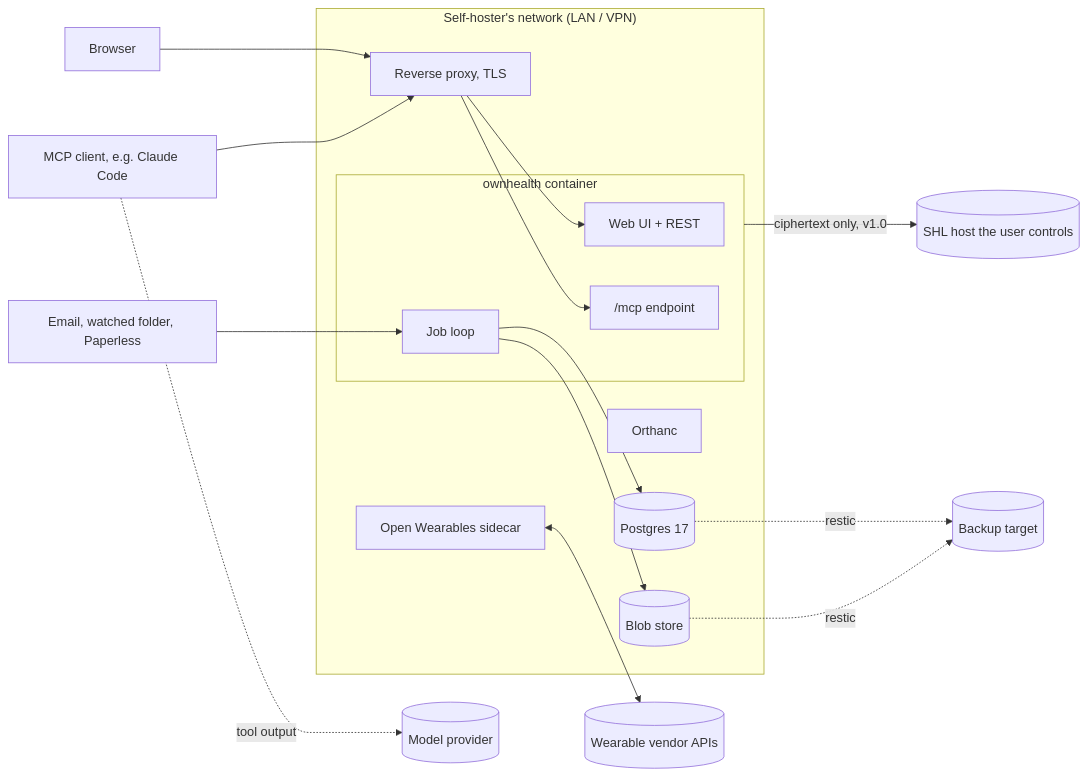
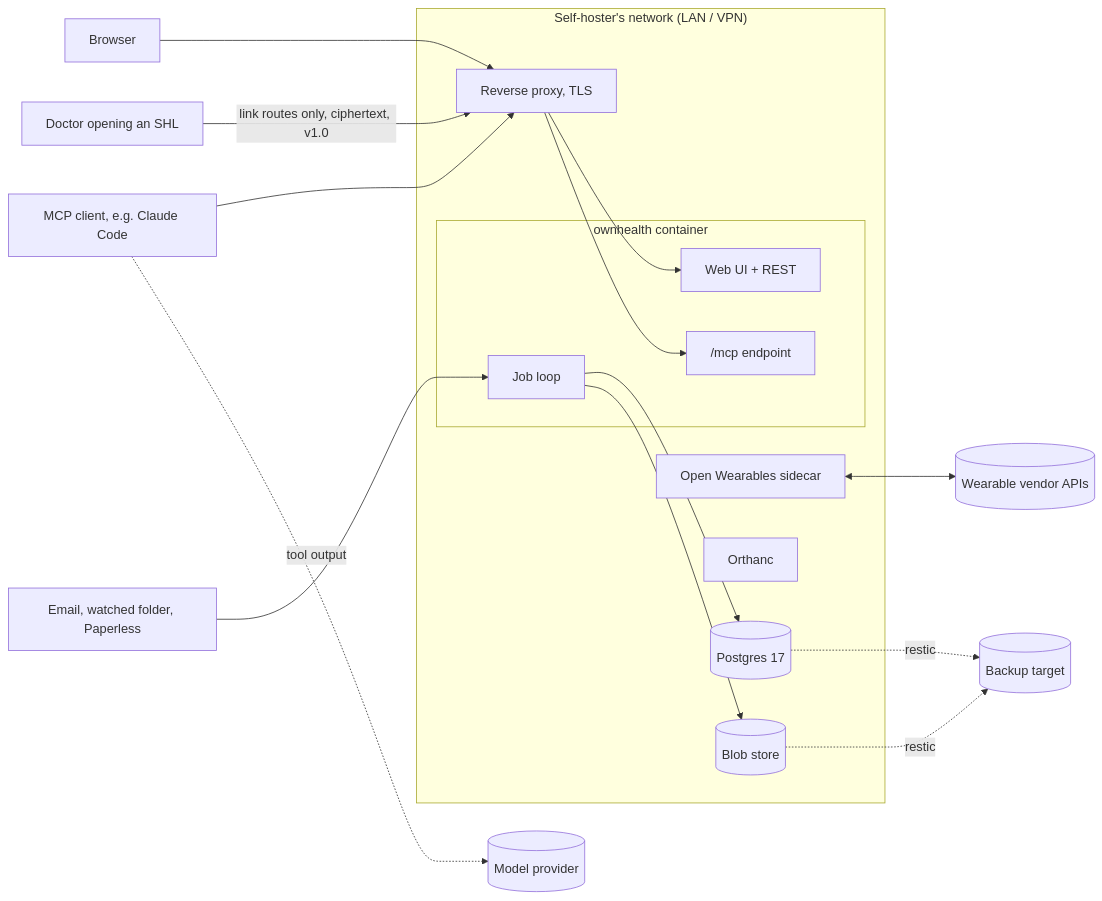
Before and after one commit to GeiserX/OwnHealth: the first of 2 diagrams in docs/design/security-privacy.md, drawn with Mermaid. The commit also changed other lines of this file and 2 other files, not shown here.

Commit message:
docs: every design doc says the instance serves its own SHL links, with no static host

````diff
--- a/docs/design/security-privacy.md
+++ b/docs/design/security-privacy.md
@@ -13,23 +13,23 @@
 ```mermaid
 flowchart LR
   subgraph Home["Self-hoster's network (LAN / VPN)"]
     RP[Reverse proxy, TLS]
     subgraph App["ownhealth container"]
       UI[Web UI + REST]
       MCP["/mcp endpoint"]
       JOBS[Job loop]
     end
     PG[(Postgres 17)]
     BL[(Blob store)]
     OW[Open Wearables sidecar]
     OR[Orthanc]
   end
   Browser --> RP --> UI
   Agent[MCP client, e.g. Claude Code] --> RP --> MCP
   Agent -. tool output .-> LLM[(Model provider)]
   Inbox[Email, watched folder, Paperless] --> JOBS
   JOBS --> PG & BL
   OW <--> Vendors[(Wearable vendor APIs)]
-  App -- ciphertext only, v1.0 --> SH[(SHL host the user controls)]
+  Viewer[Doctor opening an SHL] -- link routes only, ciphertext, v1.0 --> RP
   PG & BL -. restic .-> BK[(Backup target)]
 ```
````
